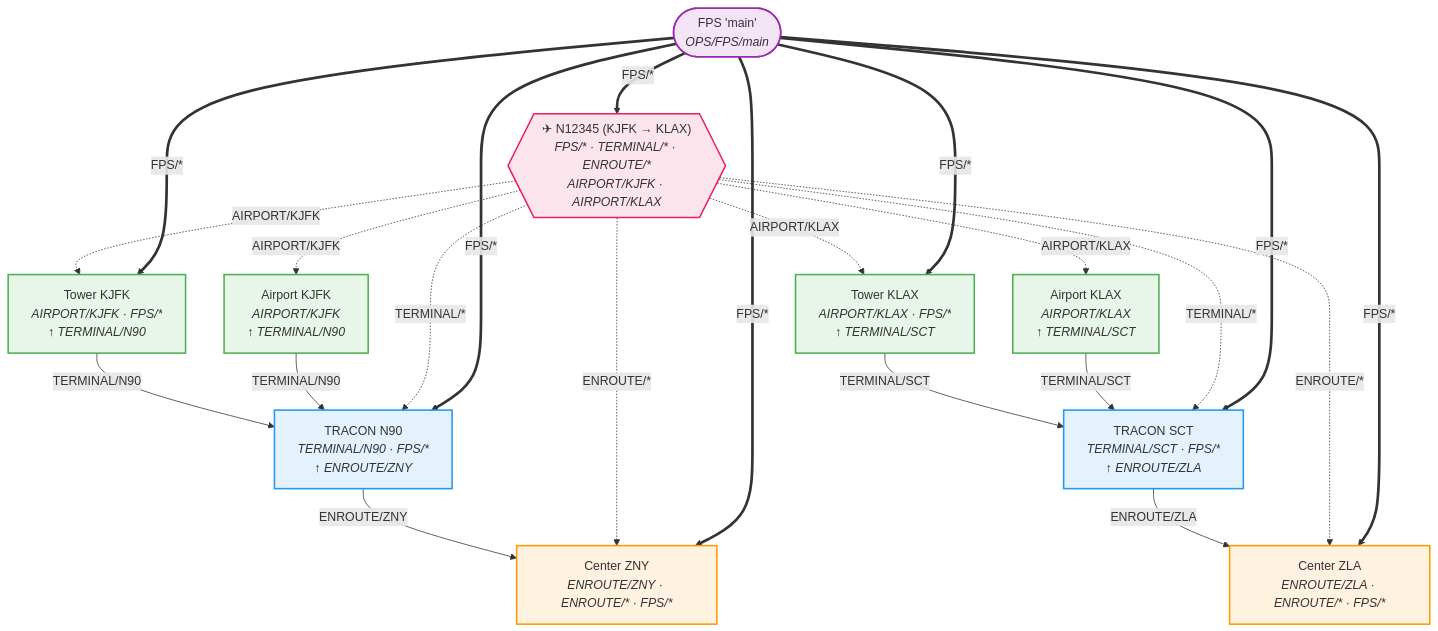
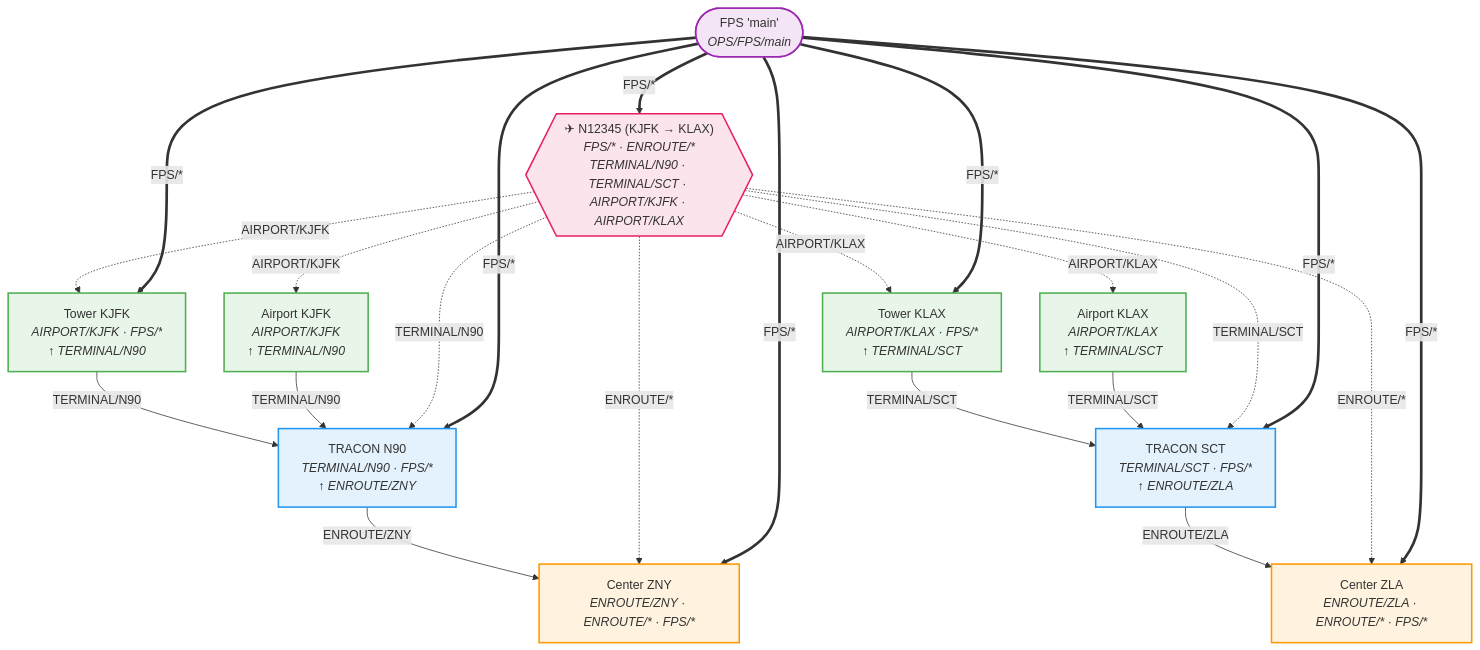
The diagram in connext_dds/diagrams/ATC_Partitions.mermaid (rticommunity/rticonnextdds-comparison-air-traffic), drawn with Mermaid before and after one commit. The commit also changed 8 other files, not shown here.

```diff
--- a/connext_dds/diagrams/ATC_Partitions.mermaid
+++ b/connext_dds/diagrams/ATC_Partitions.mermaid
@@ -1,48 +1,48 @@
 graph TB
     classDef svc fill:#f3e5f5,stroke:#9c27b0,stroke-width:2
     classDef enr fill:#fff3e0,stroke:#ff9800,stroke-width:2
     classDef trm fill:#e3f2fd,stroke:#2196f3,stroke-width:2
     classDef apt fill:#e8f5e9,stroke:#4caf50,stroke-width:2
     classDef ac  fill:#fce4ec,stroke:#e91e63,stroke-width:2
 
     FPS(["FPS 'main'<br/><i>OPS/FPS/main</i>"]):::svc
 
     ZNY["Center ZNY<br/><i>ENROUTE/ZNY · ENROUTE/* · FPS/*</i>"]:::enr
     ZLA["Center ZLA<br/><i>ENROUTE/ZLA · ENROUTE/* · FPS/*</i>"]:::enr
 
     N90["TRACON N90<br/><i>TERMINAL/N90 · FPS/*</i><br/><i>↑ ENROUTE/ZNY</i>"]:::trm
     SCT["TRACON SCT<br/><i>TERMINAL/SCT · FPS/*</i><br/><i>↑ ENROUTE/ZLA</i>"]:::trm
 
     TWR_JFK["Tower KJFK<br/><i>AIRPORT/KJFK · FPS/*</i><br/><i>↑ TERMINAL/N90</i>"]:::apt
     APT_JFK["Airport KJFK<br/><i>AIRPORT/KJFK</i><br/><i>↑ TERMINAL/N90</i>"]:::apt
     TWR_LAX["Tower KLAX<br/><i>AIRPORT/KLAX · FPS/*</i><br/><i>↑ TERMINAL/SCT</i>"]:::apt
     APT_LAX["Airport KLAX<br/><i>AIRPORT/KLAX</i><br/><i>↑ TERMINAL/SCT</i>"]:::apt
 
-    AC{{"✈ N12345 (KJFK → KLAX)<br/><i>FPS/* · TERMINAL/* · ENROUTE/*</i><br/><i>AIRPORT/KJFK · AIRPORT/KLAX</i>"}}:::ac
+    AC{{"✈ N12345 (KJFK → KLAX)<br/><i>FPS/* · ENROUTE/*</i><br/><i>TERMINAL/N90 · TERMINAL/SCT · AIRPORT/KJFK · AIRPORT/KLAX</i>"}}:::ac
 
     %% Reach-up hierarchy (solid) — concrete ↔ concrete
     TWR_JFK -->|"TERMINAL/N90"| N90
     APT_JFK -->|"TERMINAL/N90"| N90
     TWR_LAX -->|"TERMINAL/SCT"| SCT
     APT_LAX -->|"TERMINAL/SCT"| SCT
     N90 -->|"ENROUTE/ZNY"| ZNY
     SCT -->|"ENROUTE/ZLA"| ZLA
 
     %% Aircraft discovery (dashed) — wildcard ↔ concrete
     AC -.->|"AIRPORT/KJFK"| TWR_JFK
     AC -.->|"AIRPORT/KJFK"| APT_JFK
     AC -.->|"AIRPORT/KLAX"| TWR_LAX
     AC -.->|"AIRPORT/KLAX"| APT_LAX
-    AC -.->|"TERMINAL/*"| N90
-    AC -.->|"TERMINAL/*"| SCT
+    AC -.->|"TERMINAL/N90"| N90
+    AC -.->|"TERMINAL/SCT"| SCT
     AC -.->|"ENROUTE/*"| ZNY
     AC -.->|"ENROUTE/*"| ZLA
 
     %% FPS service links (thick) — FPS/main ↔ FPS/*
     FPS ==>|"FPS/*"| AC
     FPS ==>|"FPS/*"| TWR_JFK
     FPS ==>|"FPS/*"| TWR_LAX
     FPS ==>|"FPS/*"| N90
     FPS ==>|"FPS/*"| SCT
     FPS ==>|"FPS/*"| ZNY
     FPS ==>|"FPS/*"| ZLA
```
